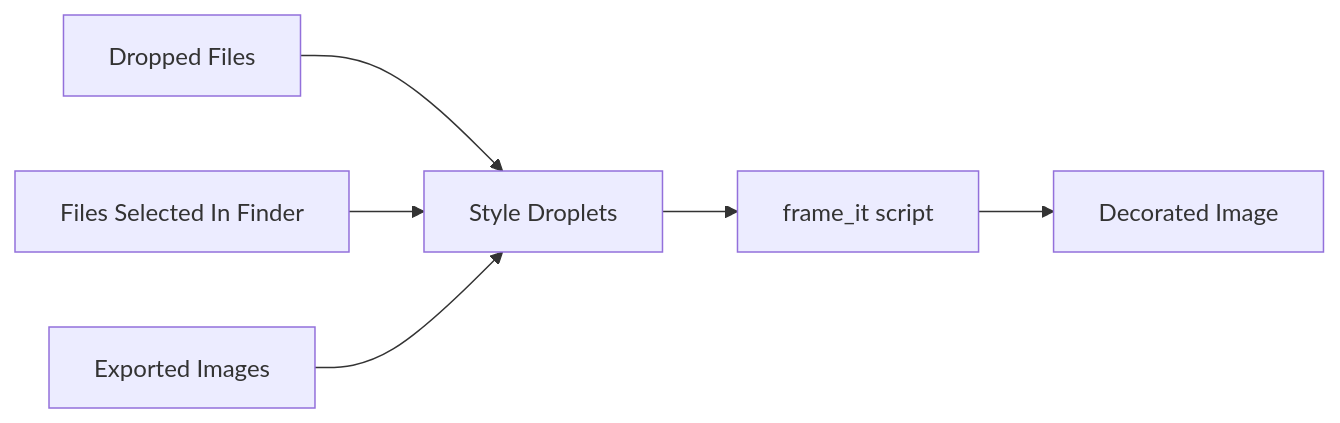
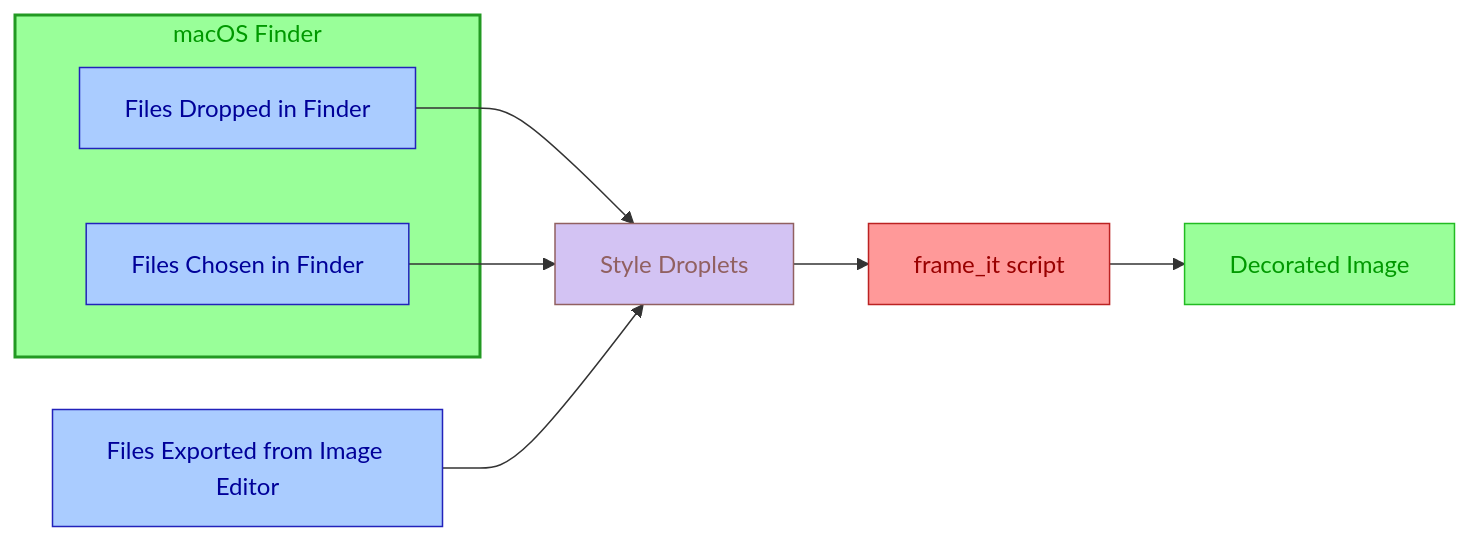
Before and after one commit to walterrowe/magick-frames: the diagram in README.md, drawn with Mermaid.

````diff
--- a/README.md
+++ b/README.md
@@ -41,19 +41,26 @@
 ```mermaid
 graph LR
 
-dropped[Dropped Files]
-selected[Files Selected In Finder]
-exported[Exported Images]
+classDef RED fill:#f99,color:#900,stroke:#b22;
+classDef GRN fill:#9f9,color:#090,stroke:#2b2;
+classDef BLU fill:#acf,color:#009,stroke:#22b;
+classDef LAV fill:#d3c3f3,color:#916060,stroke:#916060;
 
-droplets[Style Droplets]
+style Finder fill:#9f9,color:#090,stroke:#292,stroke-width:1.5pt;
 
-frameit[frame_it script]
+subgraph Finder[macOS Finder]
+    dropped[Files Dropped in Finder]:::BLU
+    selected[Files Chosen in Finder]:::BLU
+end
+exported[Files Exported from Image Editor]:::BLU
 
-output[Decorated Image]
+droplets[Style Droplets]:::LAV
+frameit[frame_it script]:::RED
+output[Decorated Image]:::GRN
 
 dropped --> droplets
 selected --> droplets
 exported --> droplets
 
 droplets --> frameit --> output
 ```
````
